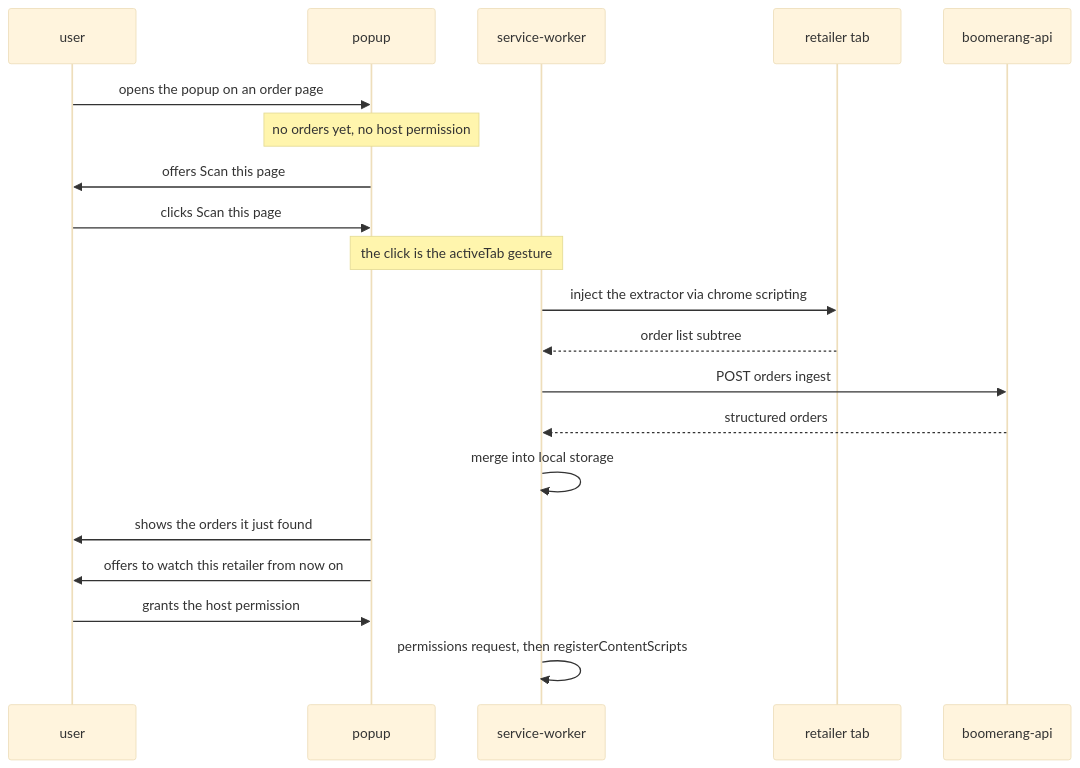
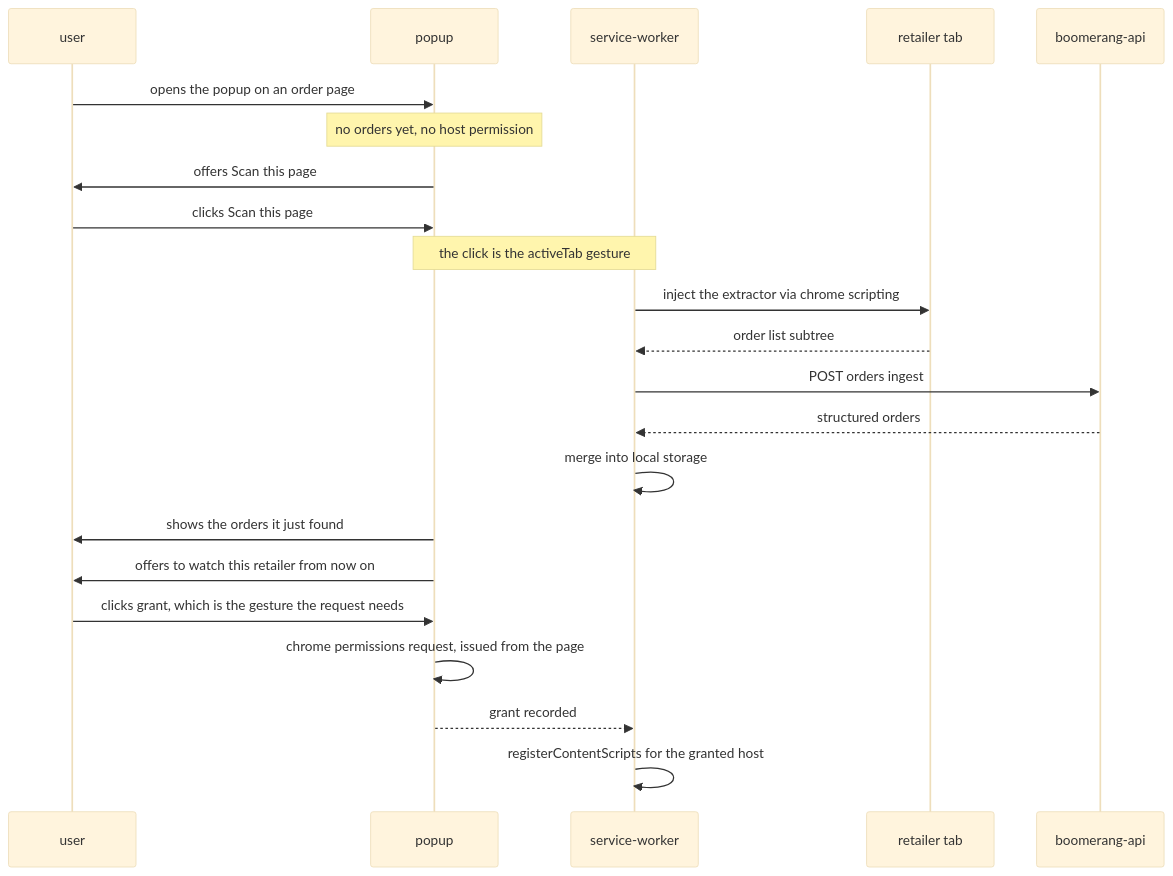
The third of 8 diagrams in design/boomerang-high-level-design.md (jacklvd/boomerang), drawn with Mermaid (base theme) before and after one commit. The commit also changed other lines of this file and 3 other files, not shown here.

````diff
--- a/design/boomerang-high-level-design.md
+++ b/design/boomerang-high-level-design.md
@@ -421,23 +421,25 @@
 ```mermaid
 sequenceDiagram
     participant USER as user
     participant POPUP as popup
     participant SW as service-worker
     participant TAB as retailer tab
     participant API as boomerang-api
 
     USER->>POPUP: opens the popup on an order page
     Note over POPUP: no orders yet, no host permission
     POPUP->>USER: offers Scan this page
     USER->>POPUP: clicks Scan this page
     Note over POPUP,SW: the click is the activeTab gesture
     SW->>TAB: inject the extractor via chrome scripting
     TAB-->>SW: order list subtree
     SW->>API: POST orders ingest
     API-->>SW: structured orders
     SW->>SW: merge into local storage
     POPUP->>USER: shows the orders it just found
     POPUP->>USER: offers to watch this retailer from now on
-    USER->>POPUP: grants the host permission
-    SW->>SW: permissions request, then registerContentScripts
+    USER->>POPUP: clicks grant, which is the gesture the request needs
+    POPUP->>POPUP: chrome permissions request, issued from the page
+    POPUP-->>SW: grant recorded
+    SW->>SW: registerContentScripts for the granted host
 ```
````
